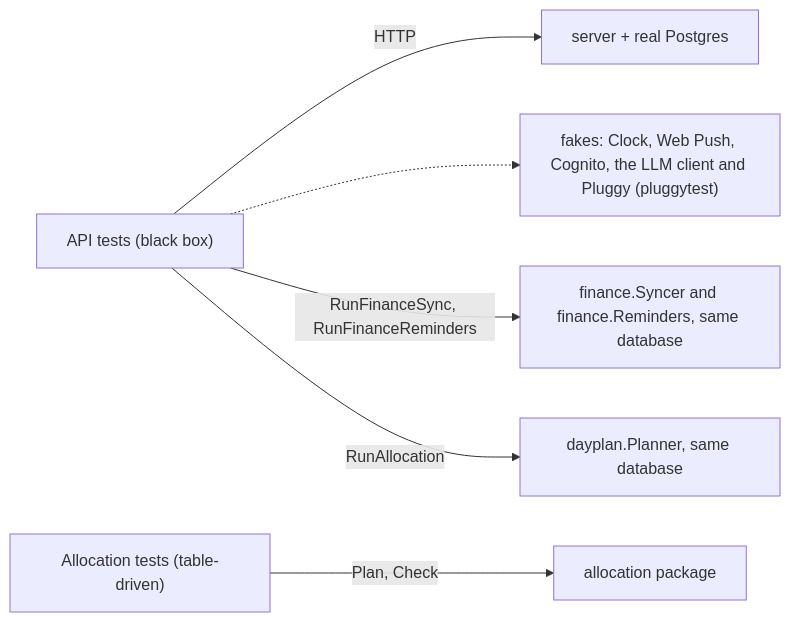
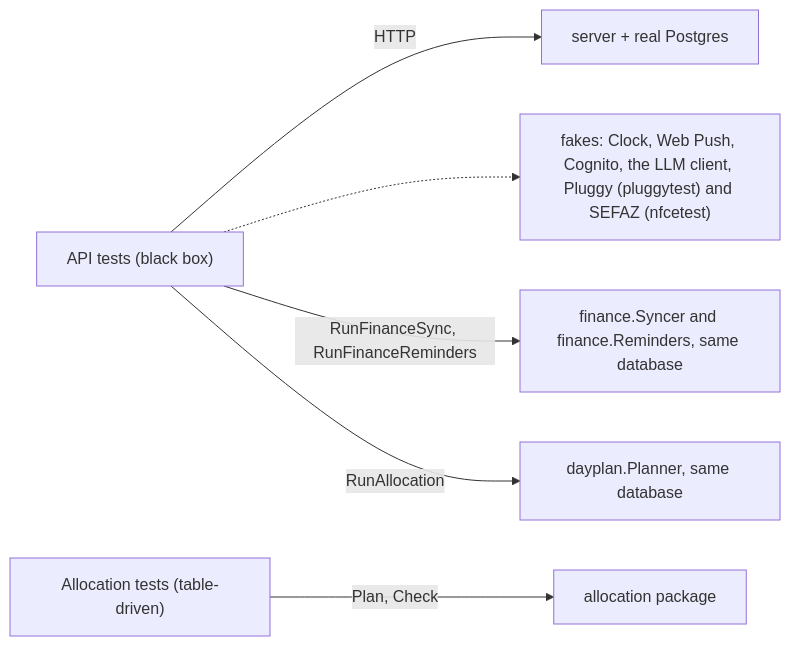
Before and after one commit to AbnerWillclefy/Homeowner: the seventh of 7 diagrams in docs/architecture/backend.md, drawn with Mermaid. The commit also changed other lines of this file and 8 other files, not shown here.

Commit message:
docs(pantry): describe the Pantry in architecture docs and glossary

````diff
--- a/docs/architecture/backend.md
+++ b/docs/architecture/backend.md
@@ -461,8 +530,8 @@
 ```mermaid
 flowchart LR
     T1["API tests (black box)"] -->|HTTP| S["server + real Postgres"]
-    T1 -.-> F["fakes: Clock, Web Push, Cognito, the LLM client and Pluggy (pluggytest)"]
+    T1 -.-> F["fakes: Clock, Web Push, Cognito, the LLM client, Pluggy (pluggytest) and SEFAZ (nfcetest)"]
     T1 -->|"RunFinanceSync, RunFinanceReminders"| FJ["finance.Syncer and finance.Reminders, same database"]
     T1 -->|"RunAllocation"| P["dayplan.Planner, same database"]
     T2["Allocation tests (table-driven)"] -->|Plan, Check| A["allocation package"]
 ```
````
